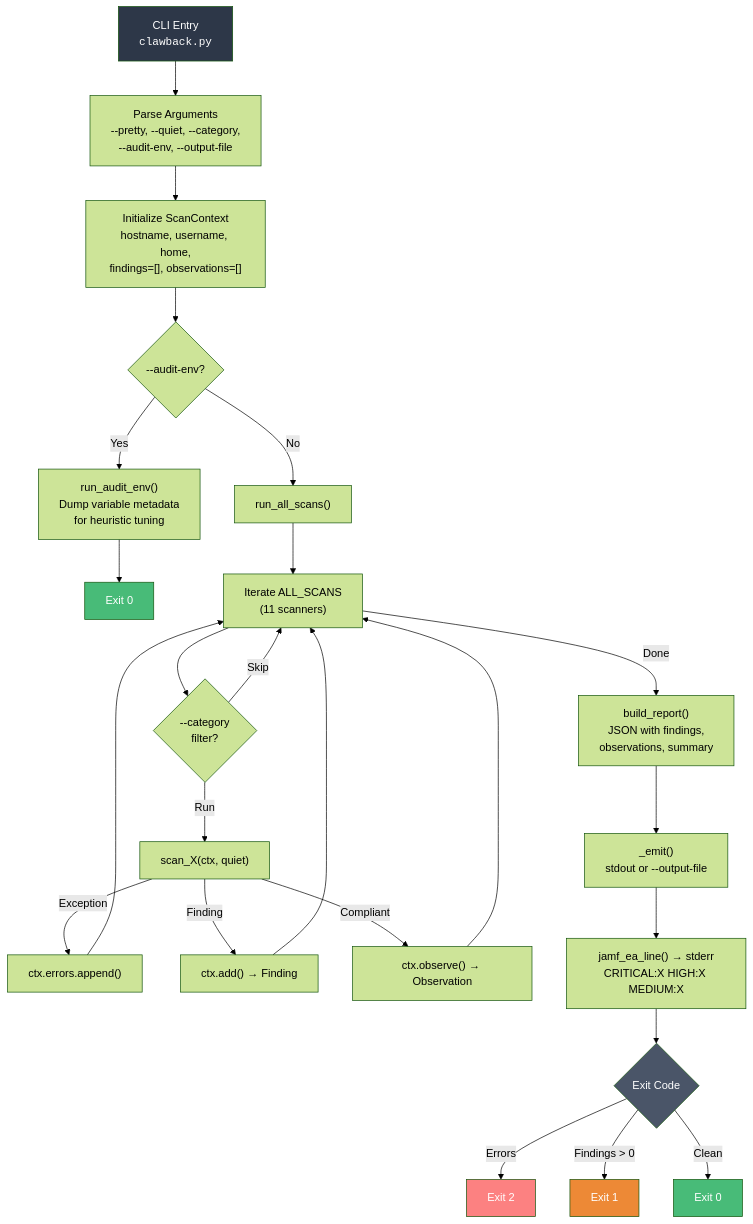
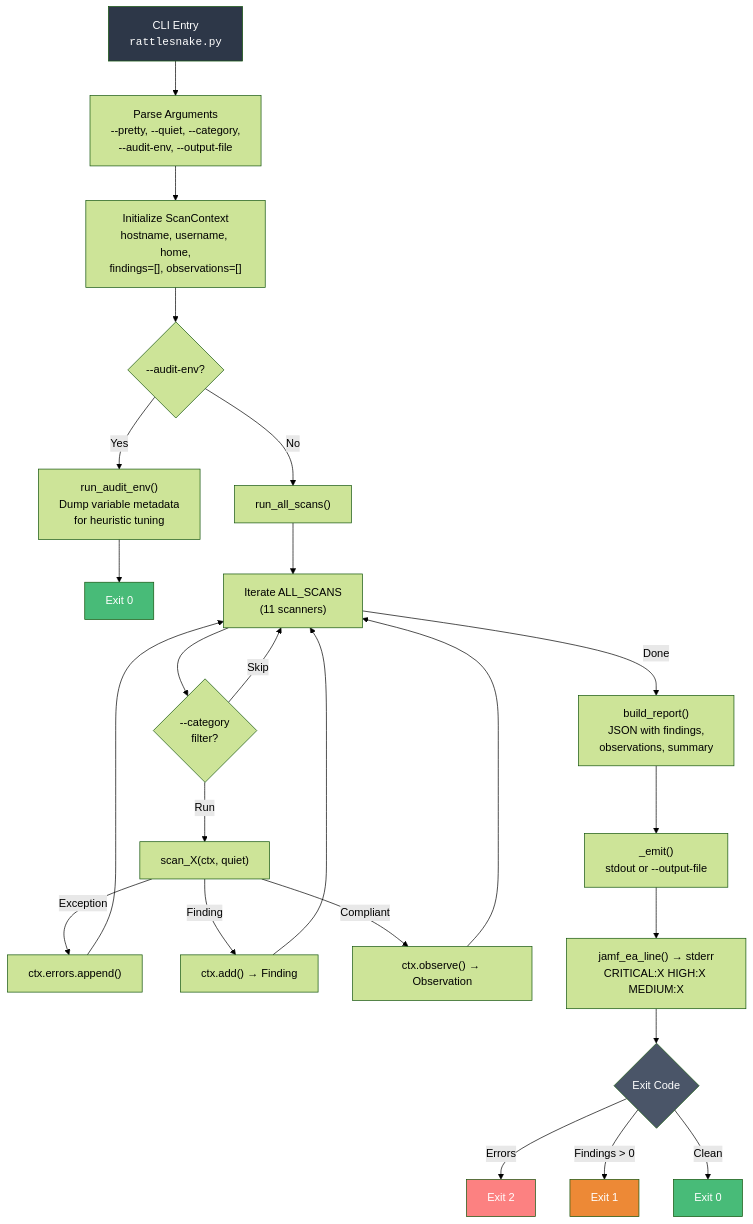
The first of 2 diagrams in docs/architecture.md (aberoham/clawback), drawn with Mermaid (forest theme) before and after one commit. The commit also changed other lines of this file and 37 other files, not shown here.

````diff
--- a/docs/architecture.md
+++ b/docs/architecture.md
@@ -5,37 +5,37 @@
 ```mermaid
 flowchart TD
-    CLI["CLI Entry<br/><code>clawback.py</code>"] --> ParseArgs["Parse Arguments<br/>--pretty, --quiet, --category,<br/>--audit-env, --output-file"]
+    CLI["CLI Entry<br/><code>rattlesnake.py</code>"] --> ParseArgs["Parse Arguments<br/>--pretty, --quiet, --category,<br/>--audit-env, --output-file"]
     ParseArgs --> InitCtx["Initialize ScanContext<br/>hostname, username, home,<br/>findings=[], observations=[]"]
 
     InitCtx --> AuditCheck{--audit-env?}
     AuditCheck -->|Yes| AuditMode["run_audit_env()<br/>Dump variable metadata<br/>for heuristic tuning"]
     AuditMode --> Exit0["Exit 0"]
     AuditCheck -->|No| RunAll["run_all_scans()"]
 
     RunAll --> ScanLoop["Iterate ALL_SCANS<br/>(11 scanners)"]
 
     ScanLoop --> CatFilter{--category<br/>filter?}
     CatFilter -->|Skip| ScanLoop
     CatFilter -->|Run| Scanner["scan_X(ctx, quiet)"]
     Scanner -->|Exception| ErrList["ctx.errors.append()"]
     Scanner -->|Finding| AddFind["ctx.add() → Finding"]
     Scanner -->|Compliant| Observe["ctx.observe() → Observation"]
     ErrList --> ScanLoop
     AddFind --> ScanLoop
     Observe --> ScanLoop
 
     ScanLoop -->|Done| BuildReport["build_report()<br/>JSON with findings,<br/>observations, summary"]
     BuildReport --> Emit["_emit()<br/>stdout or --output-file"]
     Emit --> JAMF["jamf_ea_line() → stderr<br/>CRITICAL:X HIGH:X MEDIUM:X"]
     JAMF --> ExitCode{Exit Code}
     ExitCode -->|Errors| Exit2["Exit 2"]
     ExitCode -->|Findings > 0| Exit1["Exit 1"]
     ExitCode -->|Clean| Exit0b["Exit 0"]
 
     style CLI fill:#2d3748,color:#fff
     style ExitCode fill:#4a5568,color:#fff
     style Exit0 fill:#48bb78,color:#fff
     style Exit0b fill:#48bb78,color:#fff
     style Exit1 fill:#ed8936,color:#fff
     style Exit2 fill:#fc8181,color:#fff
 ```
````
